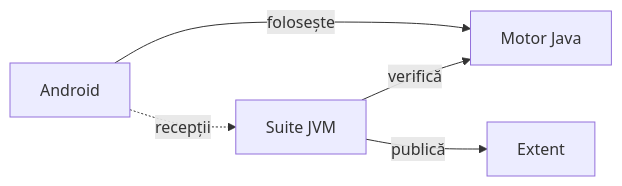
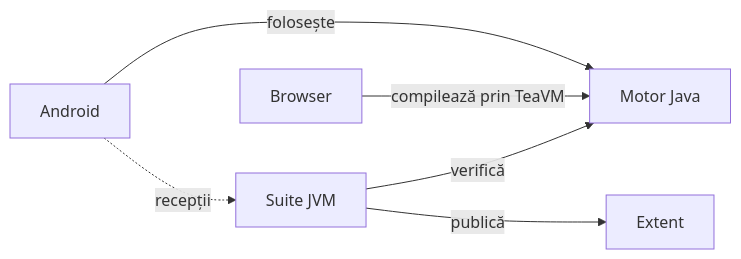
Before and after one commit to crististefanita/atf_j7: the diagram in README.md, drawn with Mermaid. The commit also changed other lines of this file and 49 other files, not shown here.

````diff
--- a/README.md
+++ b/README.md
@@ -26,7 +28,8 @@
 ```mermaid
 flowchart LR
     Android["Android"] -->|folosește| Core["Motor Java"]
+    Web["Browser"] -->|compilează prin TeaVM| Core
     Tests["Suite JVM"] -->|verifică| Core
     Tests -->|publică| Extent["Extent"]
     Android -.->|recepții| Tests
 ```
````
